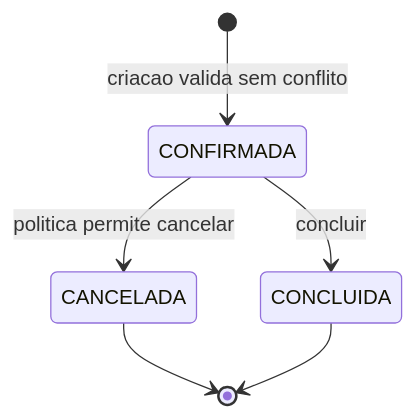
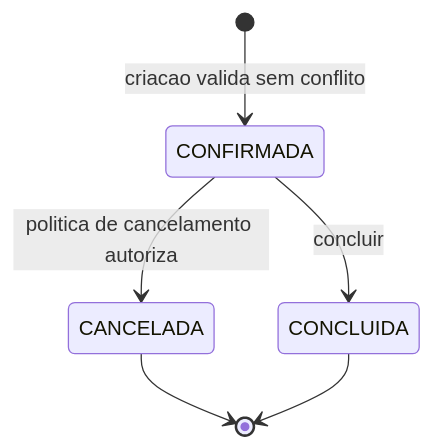
One commit to victorrezende7/Projeto-incremental-Reserva-de-quadras changed the third of 3 diagrams in docs/diagrama_de_classes.md. Above: the diagram before and after it, drawn with Mermaid. The commit also changed other lines of this file and 7 other files, not shown here.

Commit message:
Testes finais persistencia e documentação checkpoint 3(README,decisoes,iaUsage,Diagrama

````diff
--- a/docs/diagrama_de_classes.md
+++ b/docs/diagrama_de_classes.md
@@ -88,8 +237,8 @@
 ```mermaid
 stateDiagram-v2
     [*] --> CONFIRMADA : criacao valida sem conflito
-    CONFIRMADA --> CANCELADA : politica permite cancelar
+    CONFIRMADA --> CANCELADA : politica de cancelamento autoriza
     CONFIRMADA --> CONCLUIDA : concluir
     CANCELADA --> [*]
     CONCLUIDA --> [*]
 ```
````
